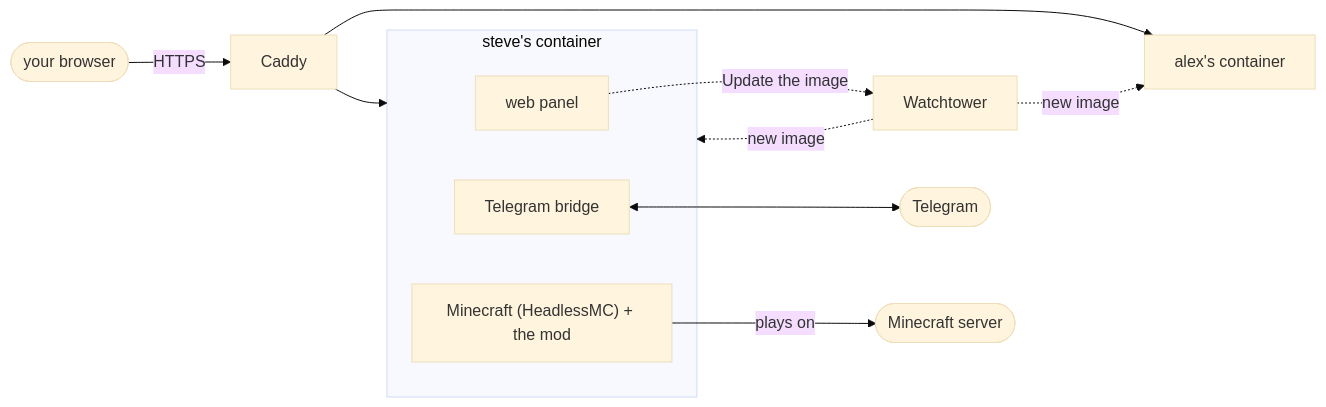
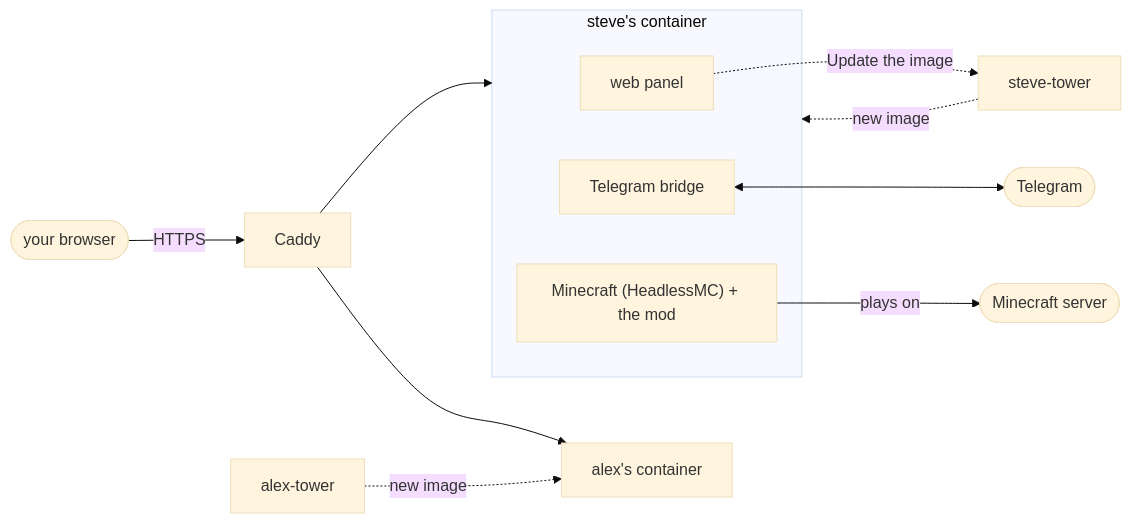
The diagram in docs/install.md (MinecraftBuddy/minecraft-buddy), drawn with Mermaid (base theme) before and after one commit. The commit also changed other lines of this file and 4 other files, not shown here.

````diff
--- a/docs/install.md
+++ b/docs/install.md
@@ -145,15 +160,16 @@
 ```mermaid
 flowchart LR
   you(["your browser"]) -- HTTPS --> caddy["Caddy"]
   caddy --> steve & alex
   subgraph steve["steve's container"]
     panel["web panel"]
     bridge["Telegram bridge"]
     game["Minecraft (HeadlessMC) + the mod"]
   end
   alex["alex's container"]
   game -- plays on --> server(["Minecraft server"])
   bridge <--> tg(["Telegram"])
-  watchtower["Watchtower"] -. new image .-> steve & alex
-  panel -. Update the image .-> watchtower
+  stower["steve-tower"] -. new image .-> steve
+  atower["alex-tower"] -. new image .-> alex
+  panel -. Update the image .-> stower
 ```
````
